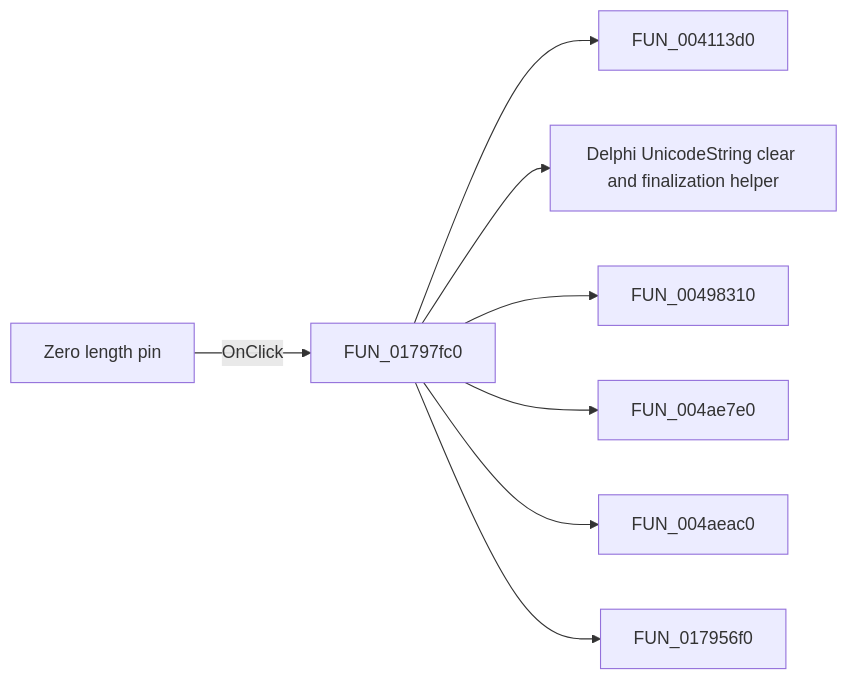
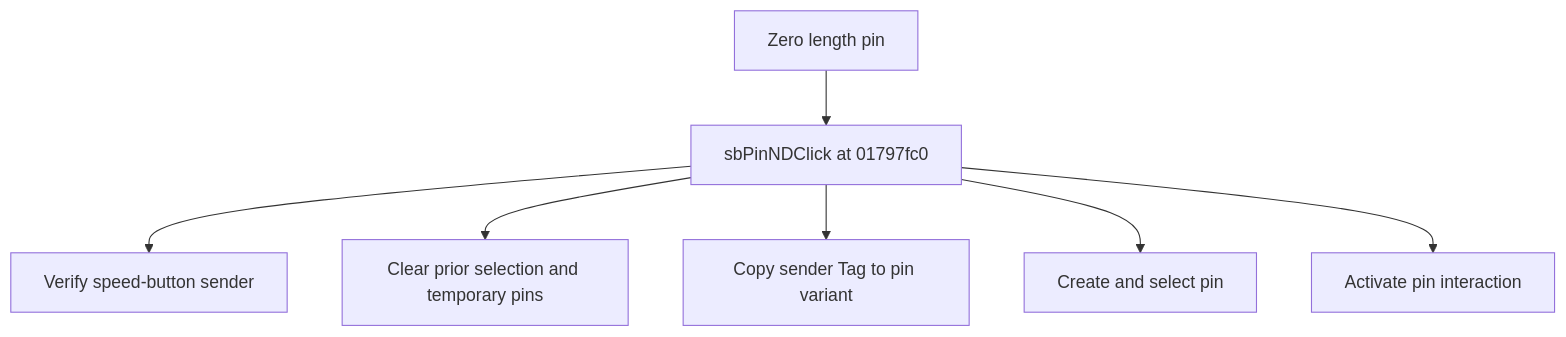
One commit to MovGP0/TIARA changed the diagram in docs/ui-controls/shapeedit/sbpinx-7fb376b81b.md. Above: the diagram before and after it, drawn with Mermaid. The commit also changed other lines of this file and 1062 other files, not shown here.

````diff
--- a/docs/ui-controls/shapeedit/sbpinx-7fb376b81b.md
+++ b/docs/ui-controls/shapeedit/sbpinx-7fb376b81b.md
@@ -27,10 +27,9 @@
 ```mermaid
-flowchart LR
-    control["Zero length pin"] -->|OnClick| handler["FUN_01797fc0"]
-    handler --> call1["FUN_004113d0"]
-    handler --> call2["Delphi UnicodeString clear and finalization helper"]
-    handler --> call3["FUN_00498310"]
-    handler --> call4["FUN_004ae7e0"]
-    handler --> call5["FUN_004aeac0"]
-    handler --> call6["FUN_017956f0"]
+flowchart TD
+    control["Zero length pin"] --> handler["sbPinNDClick at 01797fc0"]
+    handler --> step1["Verify speed-button sender"]
+    handler --> step2["Clear prior selection and temporary pins"]
+    handler --> step3["Copy sender Tag to pin variant"]
+    handler --> step4["Create and select pin"]
+    handler --> step5["Activate pin interaction"]
 ```
````
